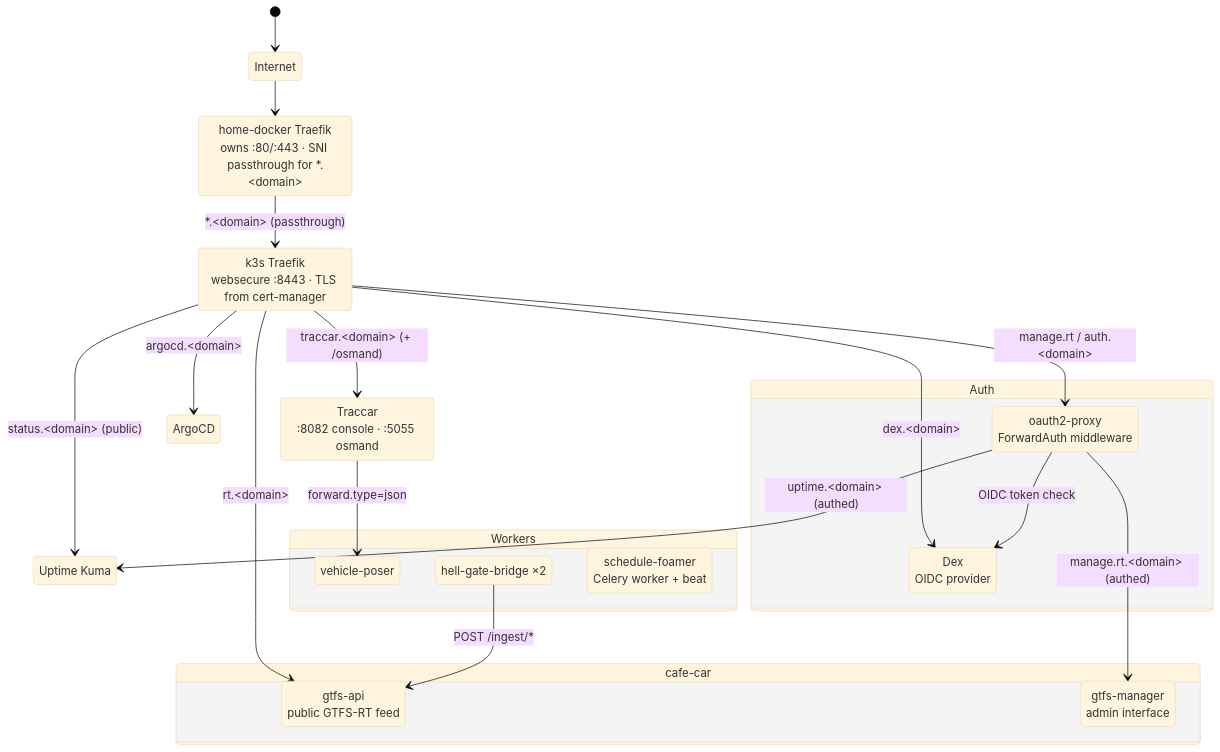
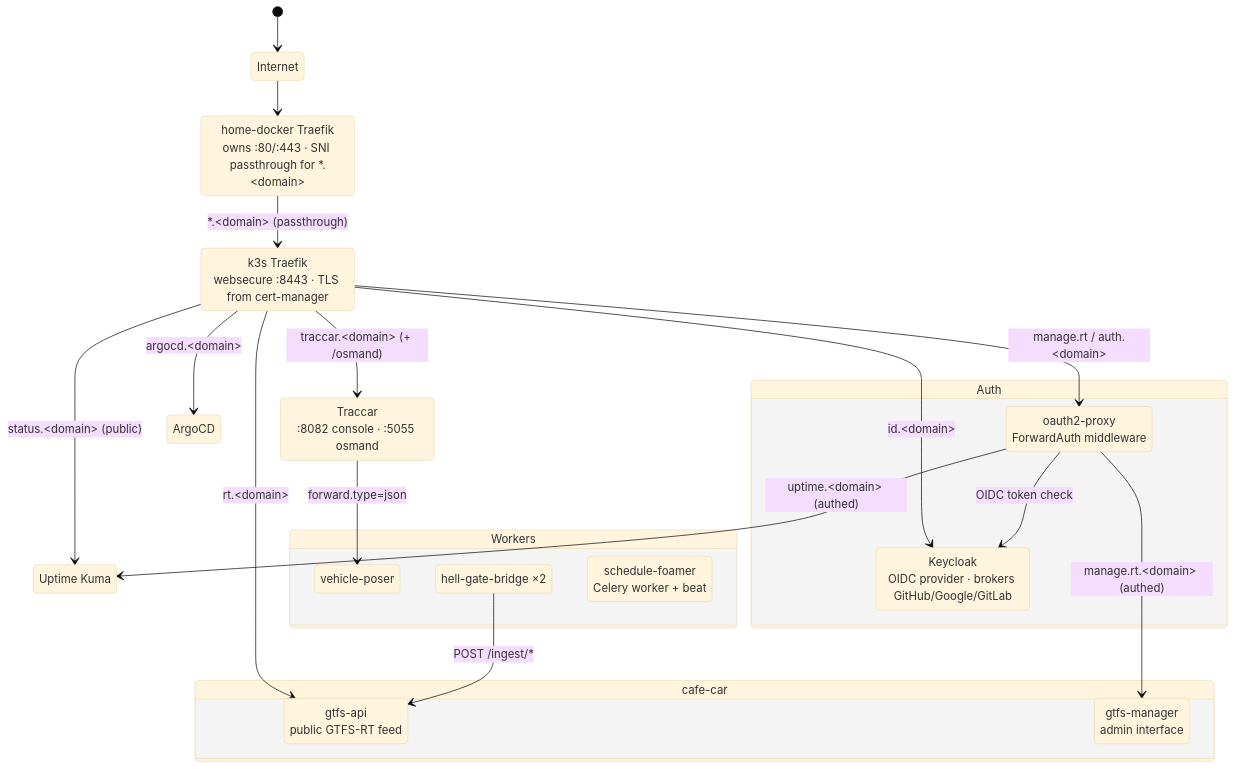
One commit to gtfs-zone/deploy-gtfs-rt changed the fifth of 7 diagrams in README.md. Above: the diagram before and after it, drawn with Mermaid (base theme). The commit also changed other lines of this file and 4 other files, not shown here.

````diff
--- a/README.md
+++ b/README.md
@@ -299,43 +300,43 @@
 ```mermaid
 stateDiagram-v2
     Internet : Internet
     edge : home-docker Traefik<br>owns :80/:443 · SNI passthrough for *.&ltdomain&gt
     tr : k3s Traefik<br>websecure :8443 · TLS from cert-manager
     tc : Traccar<br>:8082 console · :5055 osmand
     uk : Uptime Kuma
     ag : ArgoCD
 
     state "Auth" as auth {
         op : oauth2-proxy<br>ForwardAuth middleware
-        dx : Dex<br>OIDC provider
+        kc : Keycloak<br>OIDC provider · brokers GitHub/Google/GitLab
     }
 
     state "cafe-car" as application {
         cp : gtfs-api<br>public GTFS-RT feed
         ca : gtfs-manager<br>admin interface
     }
 
     state "Workers" as workers {
         vp : vehicle-poser
         hgb : hell-gate-bridge ×2
         sf : schedule-foamer<br>Celery worker + beat
     }
 
     [*] --> Internet
     Internet --> edge
     edge --> tr : *.&ltdomain&gt (passthrough)
 
     tr --> cp : rt.&ltdomain&gt
     tr --> op : manage.rt / auth.&ltdomain&gt
-    tr --> dx : dex.&ltdomain&gt
+    tr --> kc : id.&ltdomain&gt
     tr --> tc : traccar.&ltdomain&gt (+ /osmand)
     tr --> uk : status.&ltdomain&gt (public)
     tr --> ag : argocd.&ltdomain&gt
 
     op --> ca : manage.rt.&ltdomain&gt (authed)
     op --> uk : uptime.&ltdomain&gt (authed)
-    op --> dx : OIDC token check
+    op --> kc : OIDC token check
 
     tc --> vp : forward.type=json
     hgb --> cp : POST /ingest/*
 ```
````
